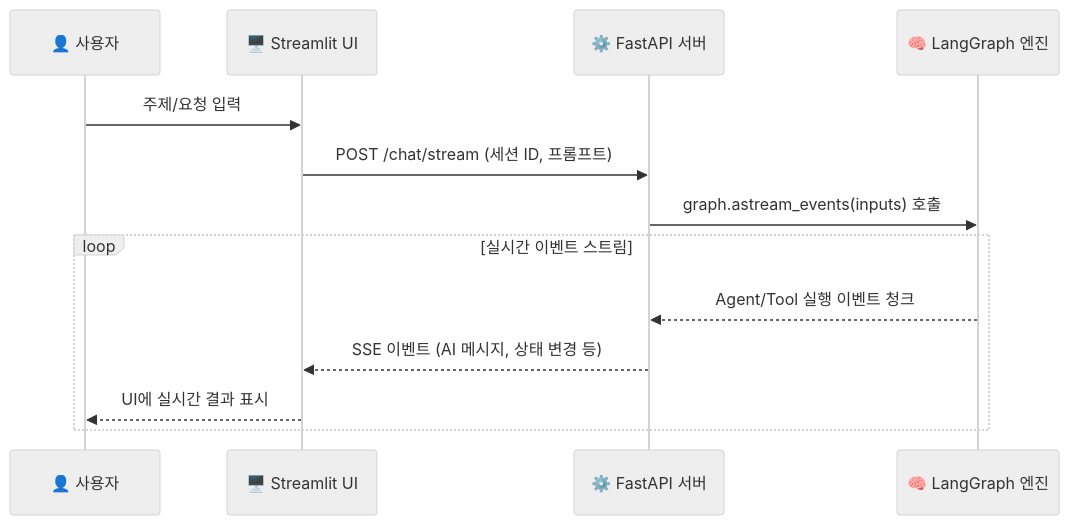
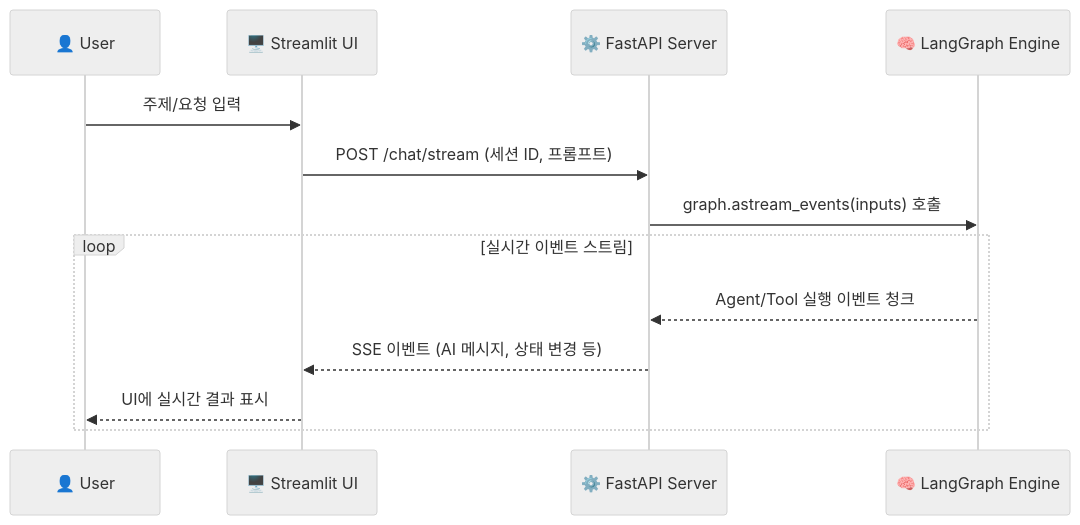
The second of 6 diagrams in README.md (wnsgml9807/KSAT_Agent_for_academy), drawn with Mermaid (neutral theme) before and after one commit. The commit also changed other lines of this file and 12 other files, not shown here.

````diff
--- a/README.md
+++ b/README.md
@@ -747,18 +385,17 @@
 ```mermaid
 sequenceDiagram
-    participant User as 👤 사용자
+    participant User as 👤 User
     participant Frontend as 🖥️ Streamlit UI
-    participant Backend as ⚙️ FastAPI 서버
-    participant Engine as 🧠 LangGraph 엔진
+    participant Backend as ⚙️ FastAPI Server
+    participant Engine as 🧠 LangGraph Engine
     
     User->>Frontend: 주제/요청 입력
     Frontend->>Backend: POST /chat/stream (세션 ID, 프롬프트)
-    
     Backend->>Engine: graph.astream_events(inputs) 호출
     
     loop 실시간 이벤트 스트림
         Engine-->>Backend: Agent/Tool 실행 이벤트 청크
         Backend-->>Frontend: SSE 이벤트 (AI 메시지, 상태 변경 등)
         Frontend-->>User: UI에 실시간 결과 표시
     end
 ```
````
